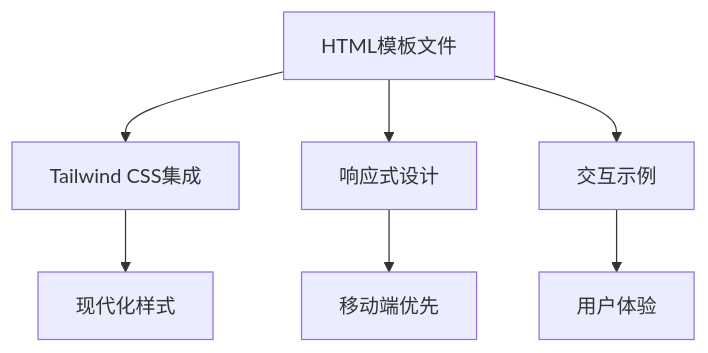
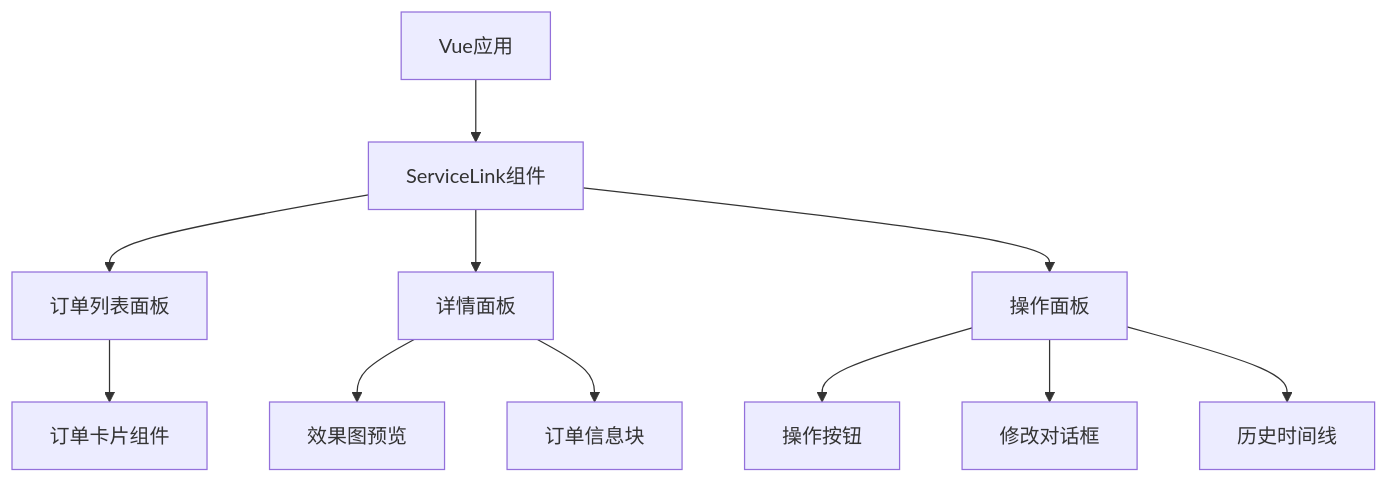
The sixth of 13 diagrams in .qoder/repowiki/zh/content/开发指南/客服外链左侧栏模板.md (SY6621/POD-Order-Management), drawn with Mermaid before and after one commit. The commit also changed other lines of this file and 7 other files, not shown here.

````diff
--- a/.qoder/repowiki/zh/content/开发指南/客服外链左侧栏模板.md
+++ b/.qoder/repowiki/zh/content/开发指南/客服外链左侧栏模板.md
@@ -237,9 +237,13 @@
 ```mermaid
 flowchart TD
-HTMLTemplate[HTML模板文件] --> TailwindCSS[Tailwind CSS集成]
-HTMLTemplate --> ResponsiveDesign[响应式设计]
-HTMLTemplate --> InteractiveDemo[交互示例]
-TailwindCSS --> ModernStyling[现代化样式]
-ResponsiveDesign --> MobileFirst[移动端优先]
-InteractiveDemo --> UserExperience[用户体验]
+VueApp[Vue应用] --> ServiceLink[ServiceLink组件]
+ServiceLink --> OrderListPanel[订单列表面板]
+ServiceLink --> DetailPanel[详情面板]
+ServiceLink --> ActionPanel[操作面板]
+OrderListPanel --> OrderCard[订单卡片组件]
+DetailPanel --> EffectPreview[效果图预览]
+DetailPanel --> OrderInfoBlock[订单信息块]
+ActionPanel --> ActionButtons[操作按钮]
+ActionPanel --> ModifyDialog[修改对话框]
+ActionPanel --> HistoryTimeline[历史时间线]
 ```
````
